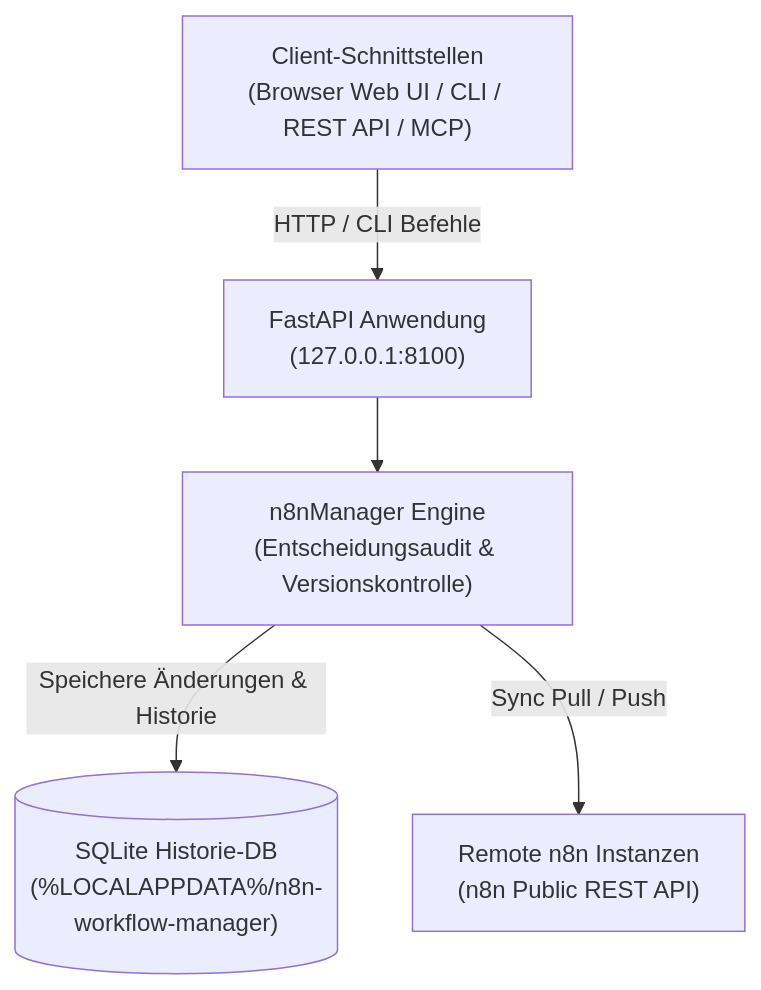
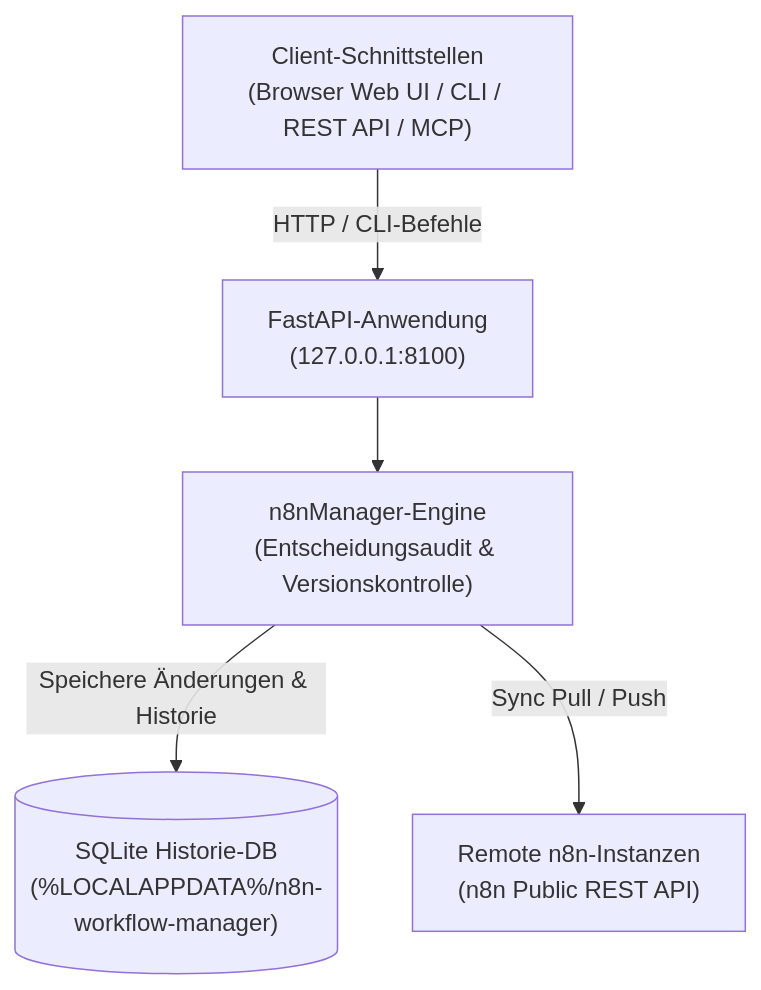
The first of 2 diagrams in README_de.md (ellmos-ai/n8n-workflow-manager), drawn with Mermaid before and after one commit. The commit also changed other lines of this file and 10 other files, not shown here.

Commit message:
feat(docs): Pfad B discoverability, bilingual architecture, sequence diagram & contract tests v0.2.5

````diff
--- a/README_de.md
+++ b/README_de.md
@@ -29,13 +53,13 @@
 ```mermaid
 graph TD
     Client["Client-Schnittstellen<br/>(Browser Web UI / CLI / REST API / MCP)"]
-    FastAPI["FastAPI Anwendung<br/>(127.0.0.1:8100)"]
-    Engine["n8nManager Engine<br/>(Entscheidungsaudit & Versionskontrolle)"]
+    FastAPI["FastAPI-Anwendung<br/>(127.0.0.1:8100)"]
+    Engine["n8nManager-Engine<br/>(Entscheidungsaudit & Versionskontrolle)"]
     SQLite[("SQLite Historie-DB<br/>(%LOCALAPPDATA%/n8n-workflow-manager)")]
-    Remote["Remote n8n Instanzen<br/>(n8n Public REST API)"]
+    Remote["Remote n8n-Instanzen<br/>(n8n Public REST API)"]
 
-    Client -->|HTTP / CLI Befehle| FastAPI
+    Client -->|"HTTP / CLI-Befehle"| FastAPI
     FastAPI --> Engine
-    Engine -->|Speichere Änderungen & Historie| SQLite
-    Engine -->|Sync Pull / Push| Remote
+    Engine -->|"Speichere Änderungen & Historie"| SQLite
+    Engine -->|"Sync Pull / Push"| Remote
 ```
````
